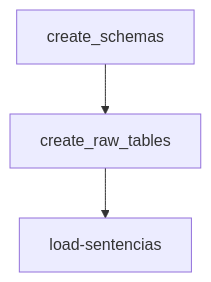
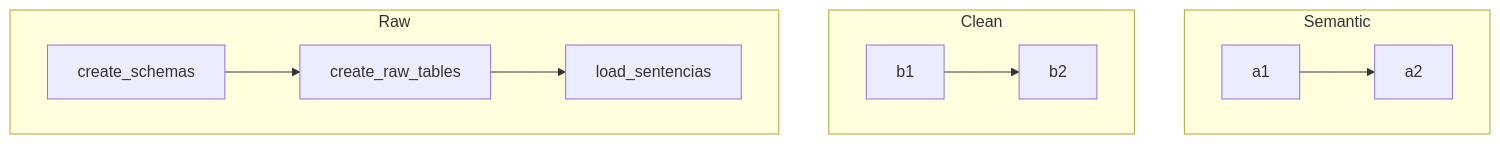
One commit to C1587S/OffenderDS changed the third of 3 diagrams in README.md. Above: the diagram before and after it, drawn with Mermaid. The commit also changed other lines of this file, not shown here.

````diff
--- a/README.md
+++ b/README.md
@@ -86,9 +217,18 @@
 ```mermaid
 
-graph TD;
+graph TB
+    subgraph Semantic
+
+    a1-->a2
+    end
+    subgraph Clean
+    b1-->b2
+    end
+    subgraph Raw
+    create_schemas--> create_raw_tables
+    create_raw_tables--> load_sentencias
+    end
 
 
-  create_schemas-->create_raw_tables
-  create_raw_tables --> load-sentencias;
 
 ```
````
